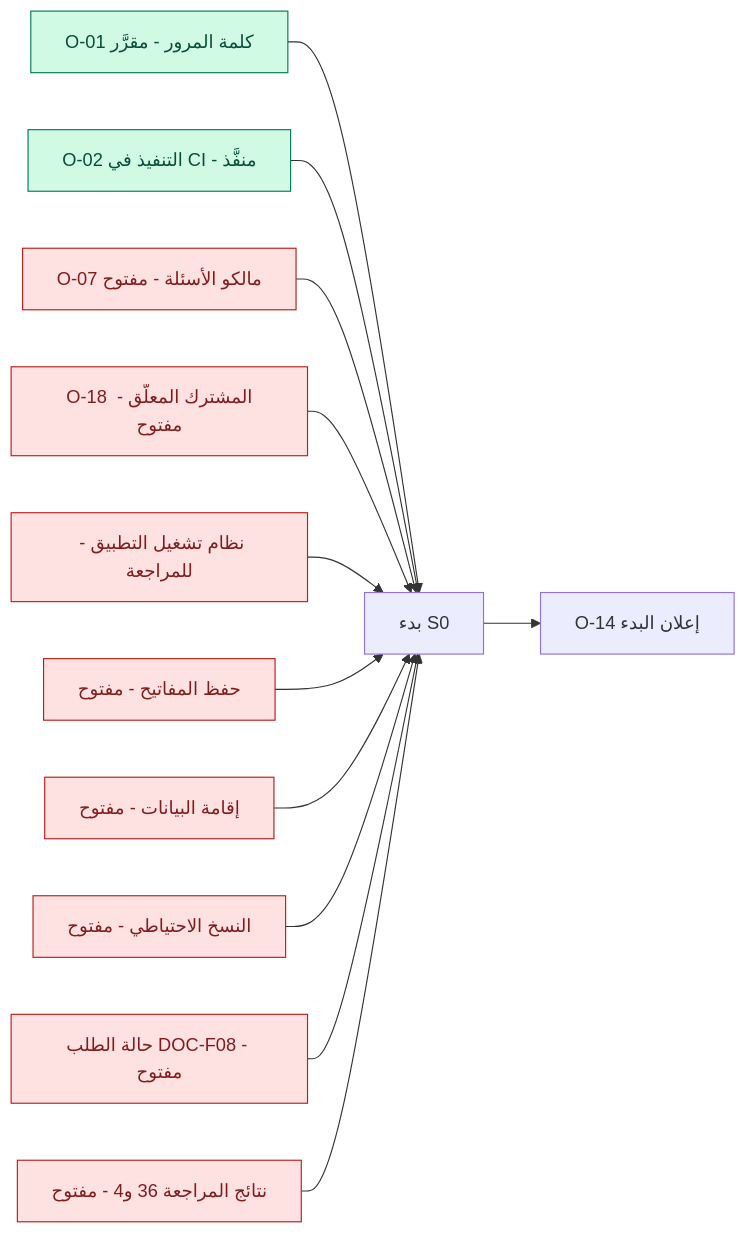
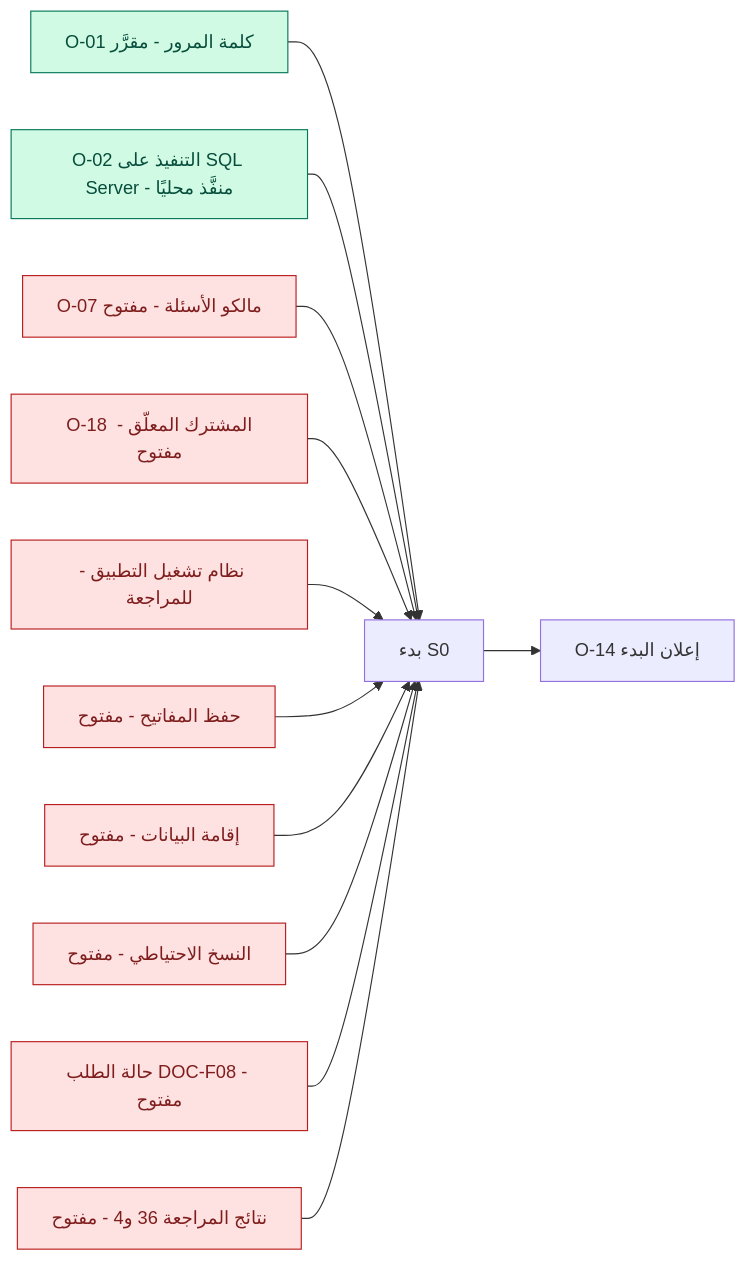
The second of 2 diagrams in treasury-platform/docs/30-readiness/DOC-B09-raci-and-decision-ownership.md (thawrasy/smartlines), drawn with Mermaid before and after one commit. The commit also changed other lines of this file and 32 other files, not shown here.

````diff
--- a/treasury-platform/docs/30-readiness/DOC-B09-raci-and-decision-ownership.md
+++ b/treasury-platform/docs/30-readiness/DOC-B09-raci-and-decision-ownership.md
@@ -74,18 +74,18 @@
 ```mermaid
 flowchart LR
   G1["O-01 كلمة المرور - مقرَّر"] --> S0["بدء S0"]
-  G2["O-02 التنفيذ في CI - منفَّذ"] --> S0
+  G2["O-02 التنفيذ على SQL Server - منفَّذ محليًا"] --> S0
   G3["O-07 مالكو الأسئلة - مفتوح"] --> S0
   G4["O-18 المشترك المعلّق - مفتوح"] --> S0
   G5["نظام تشغيل التطبيق - للمراجعة"] --> S0
   G6["حفظ المفاتيح - مفتوح"] --> S0
   G7["إقامة البيانات - مفتوح"] --> S0
   G8["النسخ الاحتياطي - مفتوح"] --> S0
   G9["حالة الطلب DOC-F08 - مفتوح"] --> S0
   G10["نتائج المراجعة 36 و4 - مفتوح"] --> S0
   S0 --> O14["O-14 إعلان البدء"]
   classDef done fill:#d1fae5,stroke:#047857,color:#064e3b
   classDef open fill:#fee2e2,stroke:#b91c1c,color:#7f1d1d
   class G1,G2 done
   class G3,G4,G5,G6,G7,G8,G9,G10 open
 ```
````
